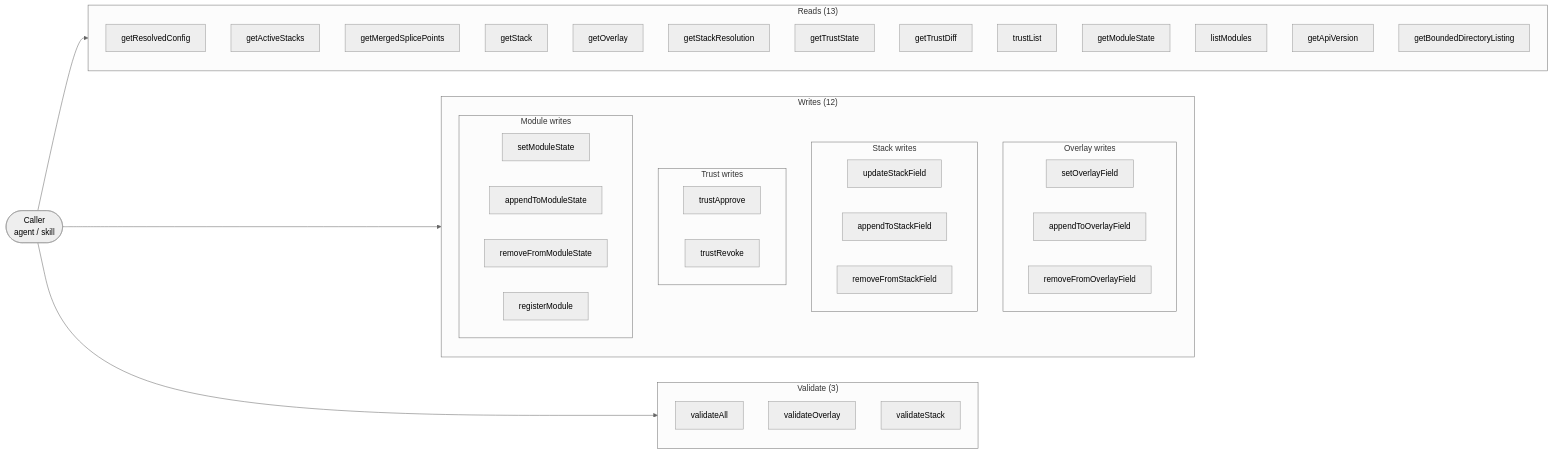
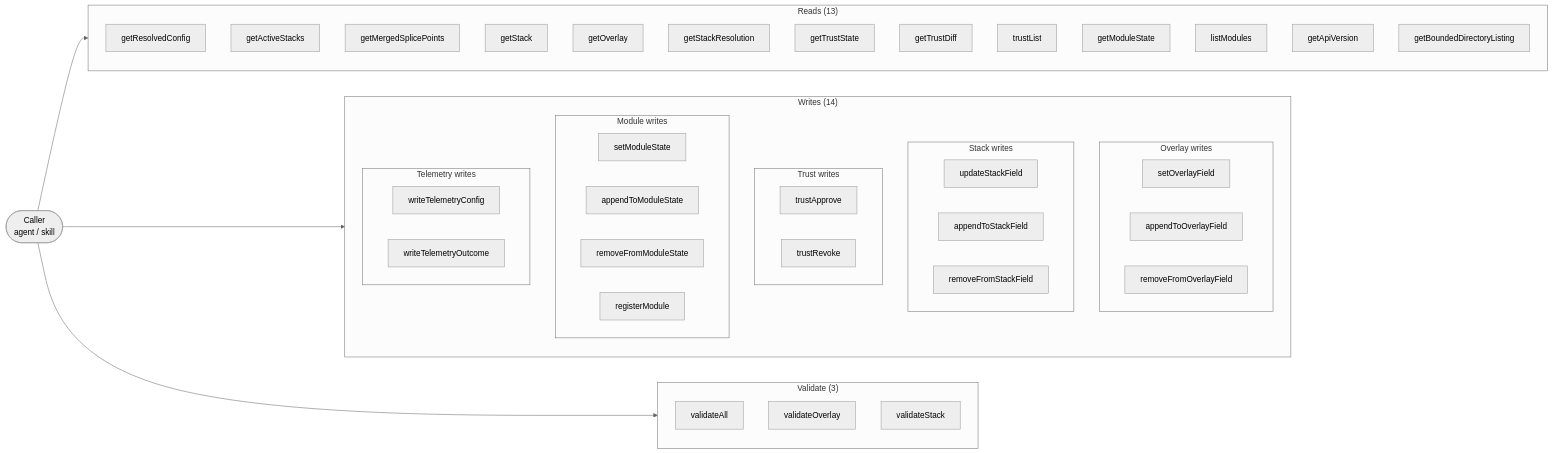
The first of 5 diagrams in documentation/config-server.md (Thomas-AppForceOne/ClaudeAgents), drawn with Mermaid (neutral theme) before and after one commit. The commit also changed 31 other files, not shown here.

First line of the commit message:
O3: telemetry semantics — config.json + outcome.json + --no-telemetry (#39)

````diff
--- a/documentation/config-server.md
+++ b/documentation/config-server.md
@@ -9,54 +9,58 @@
 ```mermaid
 flowchart LR
     subgraph READS["Reads (13)"]
         direction TB
         R1["getResolvedConfig"]
         R2["getActiveStacks"]
         R3["getMergedSplicePoints"]
         R4["getStack"]
         R5["getOverlay"]
         R6["getStackResolution"]
         R7["getTrustState"]
         R8["getTrustDiff"]
         R9["trustList"]
         R10["getModuleState"]
         R11["listModules"]
         R12["getApiVersion"]
         R13["getBoundedDirectoryListing"]
     end
 
-    subgraph WRITES["Writes (12)"]
+    subgraph WRITES["Writes (14)"]
         direction TB
         subgraph OVW["Overlay writes"]
             W1["setOverlayField"]
             W2["appendToOverlayField"]
             W3["removeFromOverlayField"]
         end
         subgraph SKW["Stack writes"]
             W4["updateStackField"]
             W5["appendToStackField"]
             W6["removeFromStackField"]
         end
         subgraph TRW["Trust writes"]
             W7["trustApprove"]
             W8["trustRevoke"]
         end
         subgraph MOW["Module writes"]
             W9["setModuleState"]
             W10["appendToModuleState"]
             W11["removeFromModuleState"]
             W12["registerModule"]
         end
+        subgraph TMW["Telemetry writes"]
+            W13["writeTelemetryConfig"]
+            W14["writeTelemetryOutcome"]
+        end
     end
 
     subgraph VALIDATE["Validate (3)"]
         direction TB
         V1["validateAll"]
         V2["validateOverlay"]
         V3["validateStack"]
     end
 
     CALLER(["Caller\nagent / skill"]) --> READS
     CALLER --> WRITES
     CALLER --> VALIDATE
 ```
````
